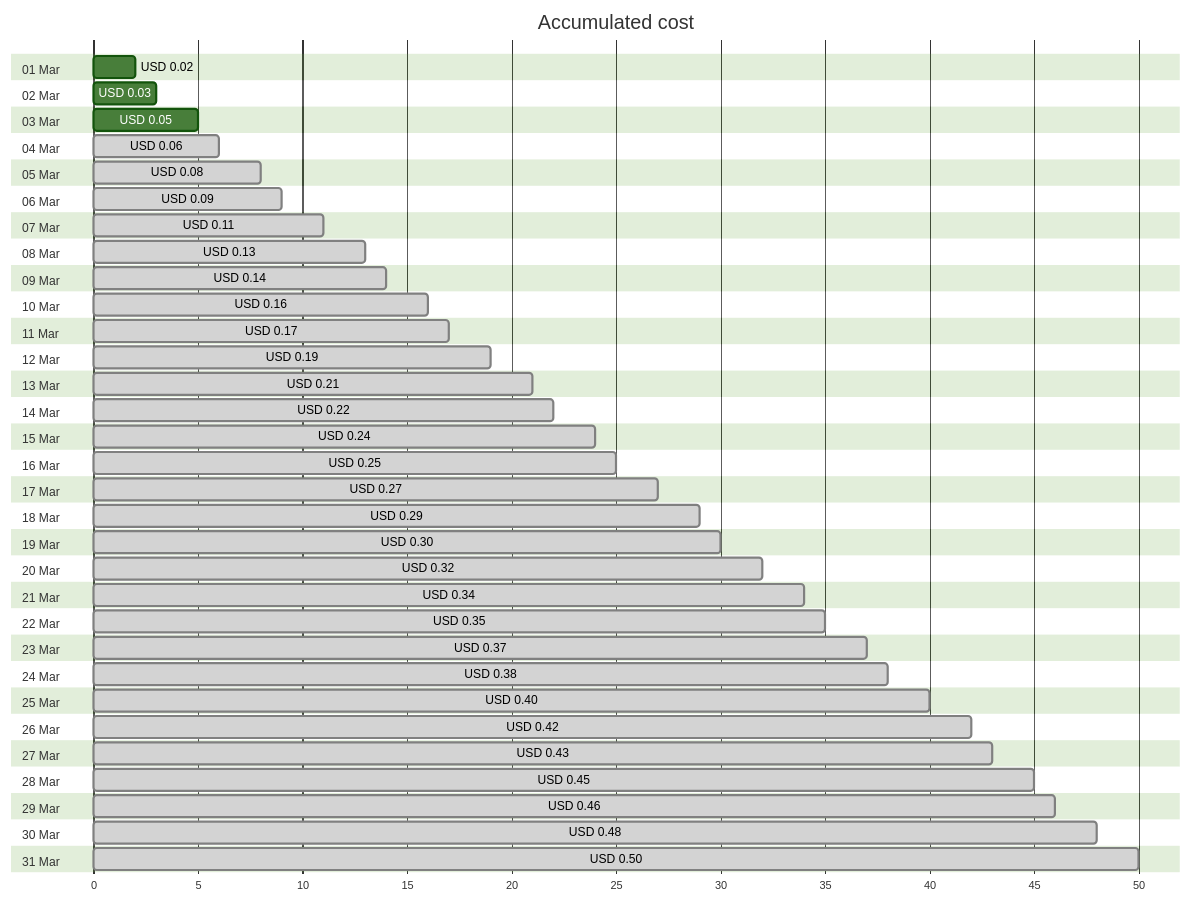
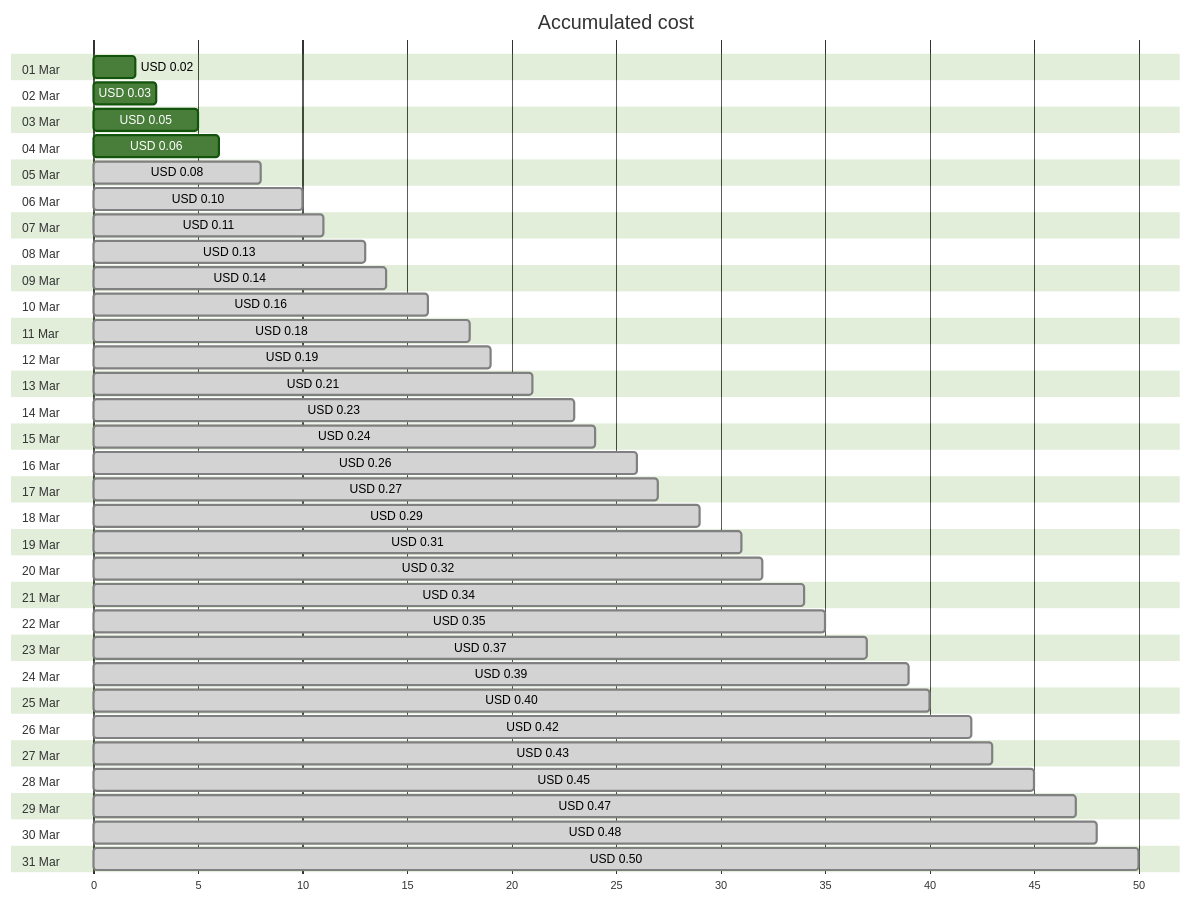
One commit to jpfulton/azure-personal-reports changed the first of 4 diagrams in cost-reports/personal-network/private.jpatrickfulton.com.md. Above: the diagram before and after it, drawn with Mermaid (forest theme). The commit also changed other lines of this file and 8 other files, not shown here.

````diff
--- a/cost-reports/personal-network/private.jpatrickfulton.com.md
+++ b/cost-reports/personal-network/private.jpatrickfulton.com.md
@@ -20,68 +20,68 @@
 ```mermaid
 gantt
    title Accumulated cost
    dateFormat  X
    axisFormat %s
    section 01 Mar
    USD 0.02 :0, 2
    section 02 Mar
    USD 0.03 :0, 3
    section 03 Mar
    USD 0.05 :0, 5
    section 04 Mar
-   USD 0.06 : done, 0, 6
+   USD 0.06 :0, 6
    section 05 Mar
    USD 0.08 : done, 0, 8
    section 06 Mar
-   USD 0.09 : done, 0, 9
+   USD 0.10 : done, 0, 10
    section 07 Mar
    USD 0.11 : done, 0, 11
    section 08 Mar
    USD 0.13 : done, 0, 13
    section 09 Mar
    USD 0.14 : done, 0, 14
    section 10 Mar
    USD 0.16 : done, 0, 16
    section 11 Mar
-   USD 0.17 : done, 0, 17
+   USD 0.18 : done, 0, 18
    section 12 Mar
    USD 0.19 : done, 0, 19
    section 13 Mar
    USD 0.21 : done, 0, 21
    section 14 Mar
-   USD 0.22 : done, 0, 22
+   USD 0.23 : done, 0, 23
    section 15 Mar
    USD 0.24 : done, 0, 24
    section 16 Mar
-   USD 0.25 : done, 0, 25
+   USD 0.26 : done, 0, 26
    section 17 Mar
    USD 0.27 : done, 0, 27
    section 18 Mar
    USD 0.29 : done, 0, 29
    section 19 Mar
-   USD 0.30 : done, 0, 30
+   USD 0.31 : done, 0, 31
    section 20 Mar
    USD 0.32 : done, 0, 32
    section 21 Mar
    USD 0.34 : done, 0, 34
    section 22 Mar
    USD 0.35 : done, 0, 35
    section 23 Mar
    USD 0.37 : done, 0, 37
    section 24 Mar
-   USD 0.38 : done, 0, 38
+   USD 0.39 : done, 0, 39
    section 25 Mar
    USD 0.40 : done, 0, 40
    section 26 Mar
    USD 0.42 : done, 0, 42
    section 27 Mar
    USD 0.43 : done, 0, 43
    section 28 Mar
    USD 0.45 : done, 0, 45
    section 29 Mar
-   USD 0.46 : done, 0, 46
+   USD 0.47 : done, 0, 47
    section 30 Mar
    USD 0.48 : done, 0, 48
    section 31 Mar
    USD 0.50 : done, 0, 50
 ```
````
